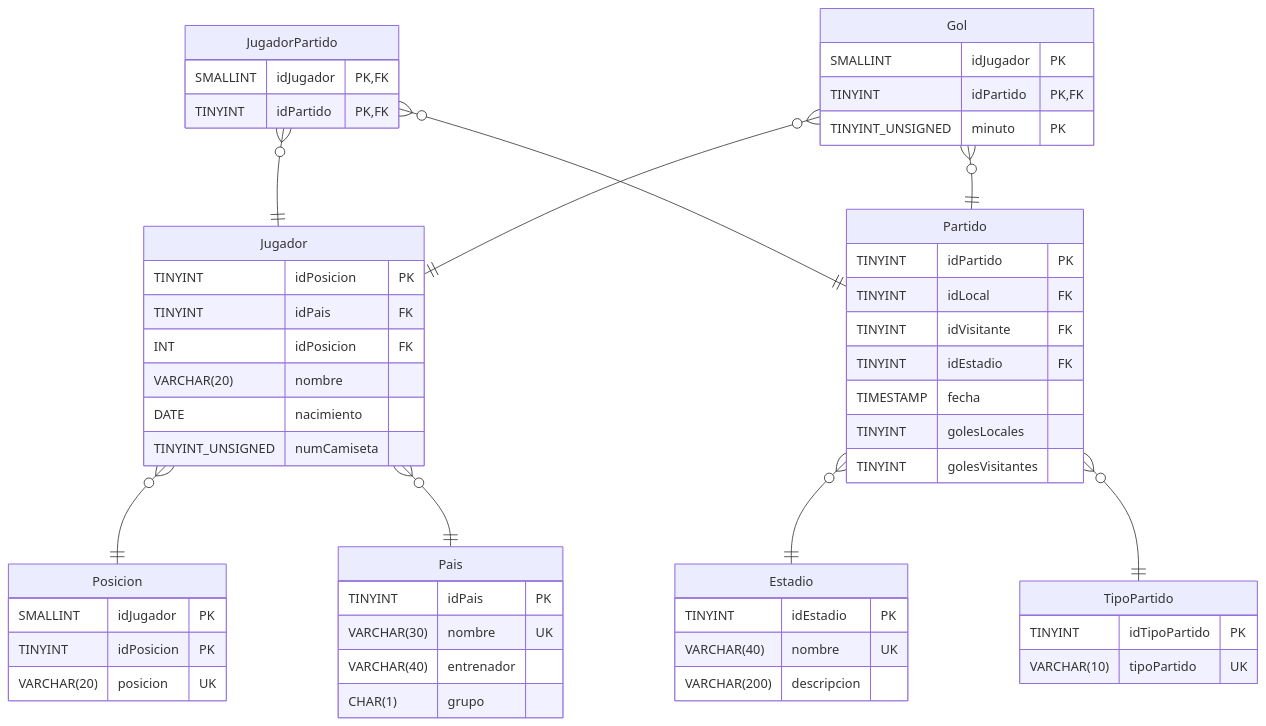
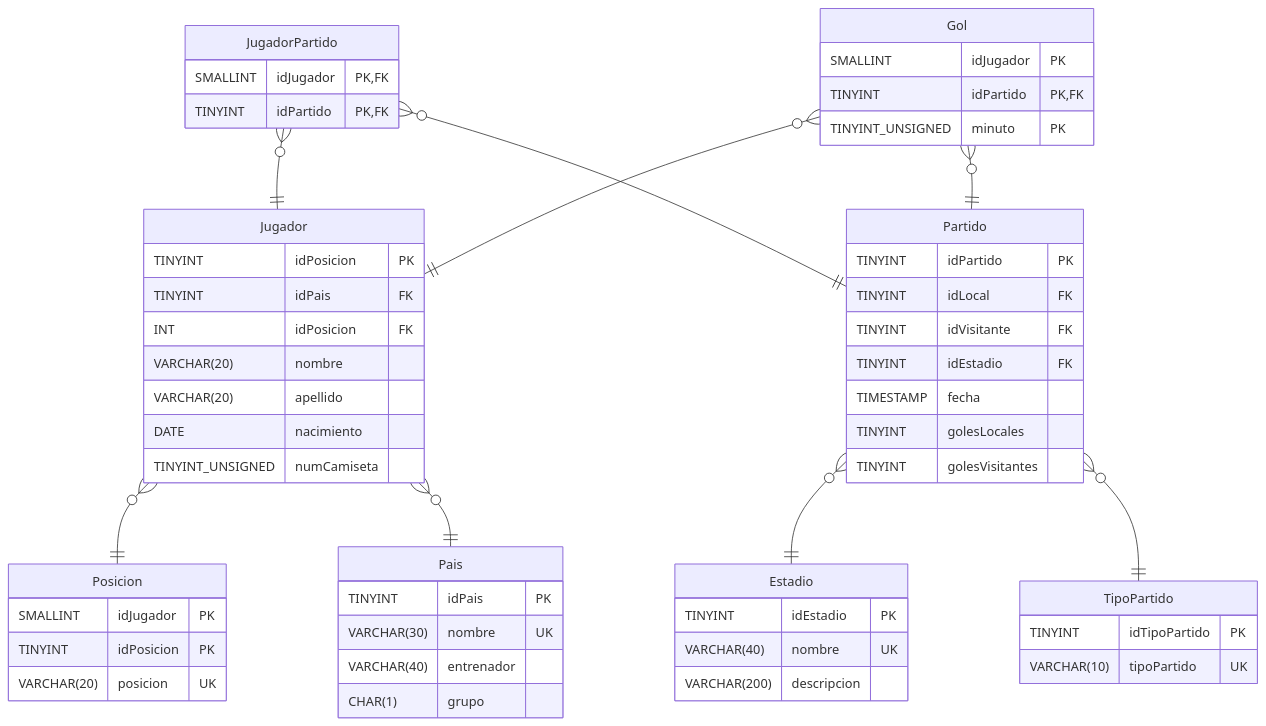
Before and after one commit to PasandiLuka/BD-Mundial22: the diagram in README.md, drawn with Mermaid. The commit also changed 2 other files, not shown here.

Commit message:
Agregando jugadores de Argentina

````diff
--- a/README.md
+++ b/README.md
@@ -6,60 +6,61 @@
 ```mermaid
 erDiagram
     Pais{
         TINYINT idPais PK
         VARCHAR(30) nombre UK
         VARCHAR(40) entrenador
         CHAR(1) grupo
     }
     Estadio{
         TINYINT idEstadio PK
         VARCHAR(40) nombre UK
         VARCHAR(200) descripcion
     }
     TipoPartido{
         TINYINT idTipoPartido PK
         VARCHAR(10) tipoPartido UK
     }
     Partido{
         TINYINT idPartido PK
         TINYINT idLocal FK
         TINYINT idVisitante FK
         TINYINT idEstadio FK
         TIMESTAMP fecha
         TINYINT golesLocales
         TINYINT golesVisitantes
     }
     Posicion{
         SMALLINT idJugador PK
         TINYINT idPosicion PK
         VARCHAR(20) posicion UK
     }
     Jugador{
         TINYINT idPosicion PK
         TINYINT idPais FK
         INT idPosicion FK
-        VARCHAR(20) nombre 
+        VARCHAR(20) nombre
+        VARCHAR(20) apellido
         DATE nacimiento 
         TINYINT_UNSIGNED numCamiseta
     }
     JugadorPartido{
         SMALLINT idJugador PK, FK
         TINYINT idPartido PK, FK
     }
     Gol{
         SMALLINT idJugador PK
         TINYINT idPartido PK, FK
         TINYINT_UNSIGNED minuto PK
     }
 
     Jugador }o--|| Posicion :""
     Jugador }o--|| Pais :""
     Partido }o--|| Estadio :""
     Partido }o--|| TipoPartido :""
     JugadorPartido }o--|| Jugador :""
     JugadorPartido }o--|| Partido :""
     Gol }o--|| Jugador :""
     Gol }o--|| Partido :""
 
 
 ```
````
